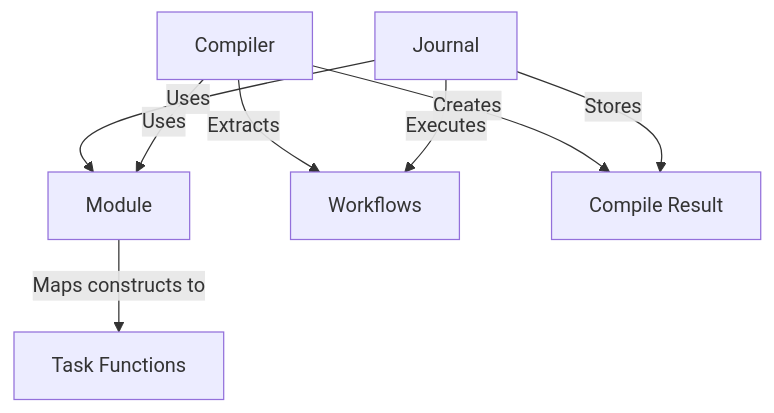
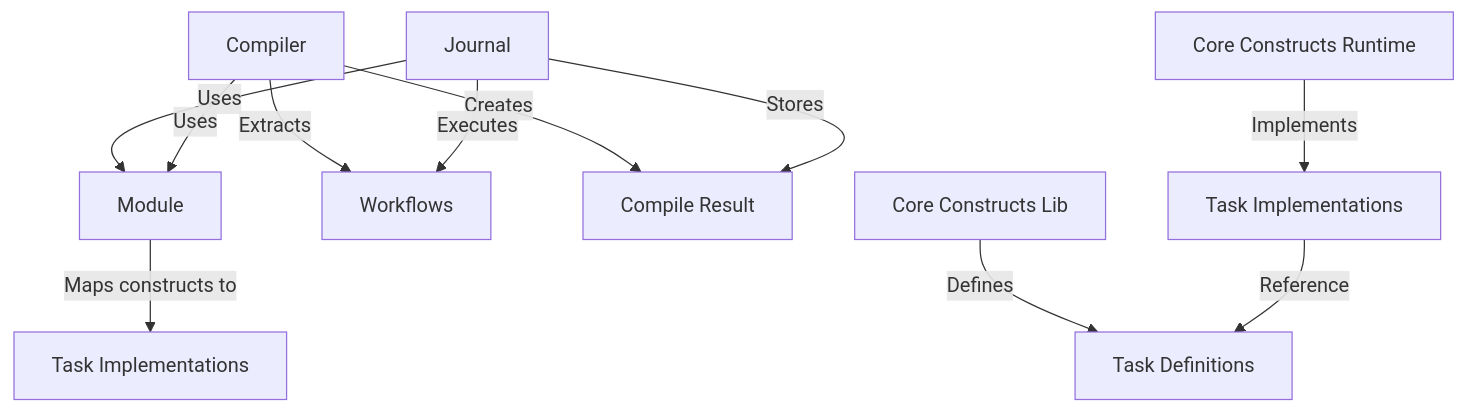
The third of 3 diagrams in memory-bank/systemPatterns.md (liamzdenek/ferment-ai), drawn with Mermaid before and after one commit. The commit also changed other lines of this file and 10 other files, not shown here.

````diff
--- a/memory-bank/systemPatterns.md
+++ b/memory-bank/systemPatterns.md
@@ -60,10 +69,14 @@
 ```mermaid
 graph TD
-    Module[Module] -->|Maps constructs to| TaskFunction[Task Functions]
+    Module[Module] -->|Maps constructs to| TaskImpl[Task Implementations]
     Journal[Journal] -->|Uses| Module
     Compiler[Compiler] -->|Uses| Module
     Compiler -->|Extracts| Workflow[Workflows]
     Compiler -->|Creates| CompileResult[Compile Result]
     Journal -->|Stores| CompileResult
     Journal -->|Executes| Workflow
+    
+    CoreConstructsLib[Core Constructs Lib] -->|Defines| TaskDefs[Task Definitions]
+    CoreConstructsRuntime[Core Constructs Runtime] -->|Implements| TaskImpls[Task Implementations]
+    TaskImpls -->|Reference| TaskDefs
 ```
````
